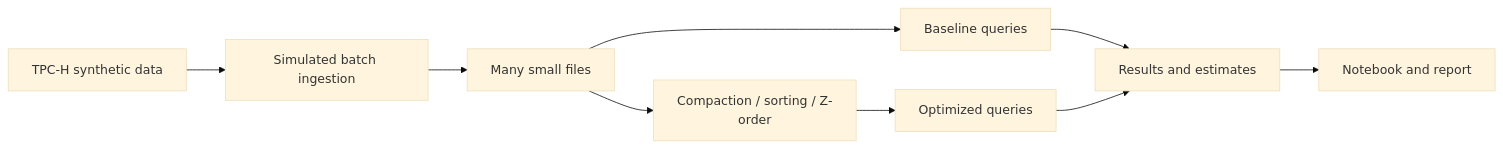
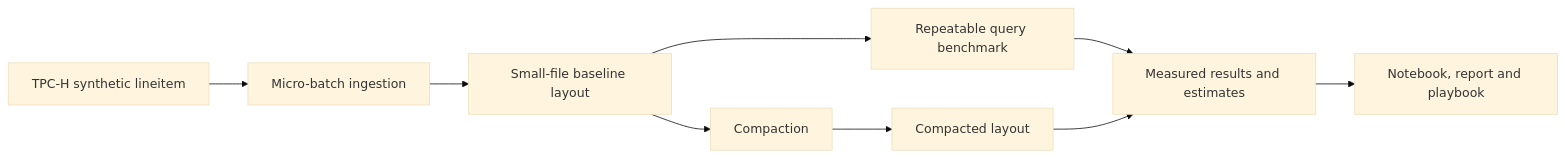
The diagram in README.md (Akash-338/BDSRE-Mini-Project), drawn with Mermaid (base theme) before and after one commit. The commit also changed other lines of this file and 7 other files, not shown here.

Commit message:
Implement and benchmark Parquet compaction

````diff
--- a/README.md
+++ b/README.md
@@ -11,11 +11,11 @@
 ```mermaid
 flowchart LR
-    A[TPC-H synthetic data] --> B[Simulated batch ingestion]
-    B --> C[Many small files]
-    C --> D[Baseline queries]
-    C --> E[Compaction / sorting / Z-order]
-    E --> F[Optimized queries]
-    D --> G[Results and estimates]
+    A[TPC-H synthetic lineitem] --> B[Micro-batch ingestion]
+    B --> C[Small-file baseline layout]
+    C --> D[Repeatable query benchmark]
+    C --> E[Compaction]
+    E --> F[Compacted layout]
+    D --> G[Measured results and estimates]
     F --> G
-    G --> H[Notebook and report]
+    G --> H[Notebook, report and playbook]
 ```
````
